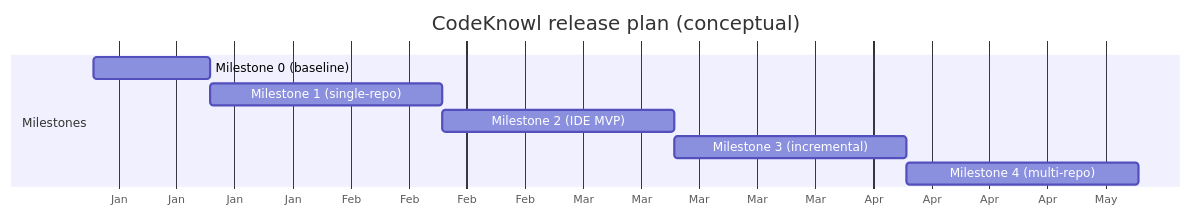
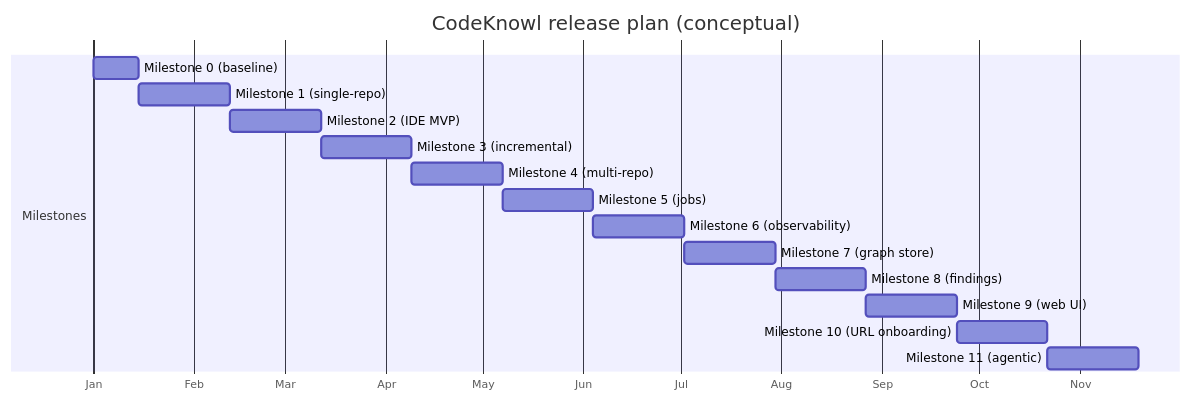
One commit to jensjohansen/codeknowl changed the third of 3 diagrams in docs/prd-revised.md. Above: the diagram before and after it, drawn with Mermaid. The commit also changed other lines of this file and 39 other files, not shown here.

````diff
--- a/docs/prd-revised.md
+++ b/docs/prd-revised.md
@@ -403,12 +496,19 @@
 ```mermaid
 gantt
   title CodeKnowl release plan (conceptual)
   dateFormat  YYYY-MM-DD
   axisFormat  %b
   section Milestones
   Milestone 0 (baseline) :m0, 2026-01-01, 14d
   Milestone 1 (single-repo) :m1, after m0, 28d
   Milestone 2 (IDE MVP) :m2, after m1, 28d
   Milestone 3 (incremental) :m3, after m2, 28d
   Milestone 4 (multi-repo) :m4, after m3, 28d
+  Milestone 5 (jobs) :m5, after m4, 28d
+  Milestone 6 (observability) :m6, after m5, 28d
+  Milestone 7 (graph store) :m7, after m6, 28d
+  Milestone 8 (findings) :m8, after m7, 28d
+  Milestone 9 (web UI) :m9, after m8, 28d
+  Milestone 10 (URL onboarding) :m10, after m9, 28d
+  Milestone 11 (agentic) :m11, after m10, 28d
 ```
````
